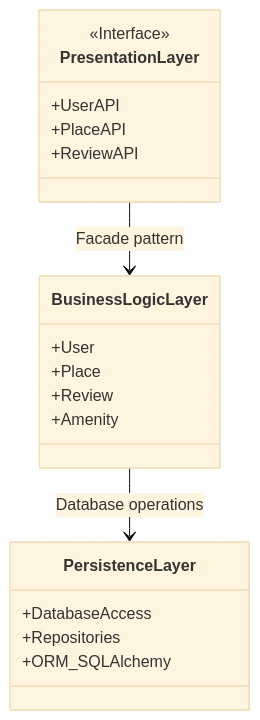
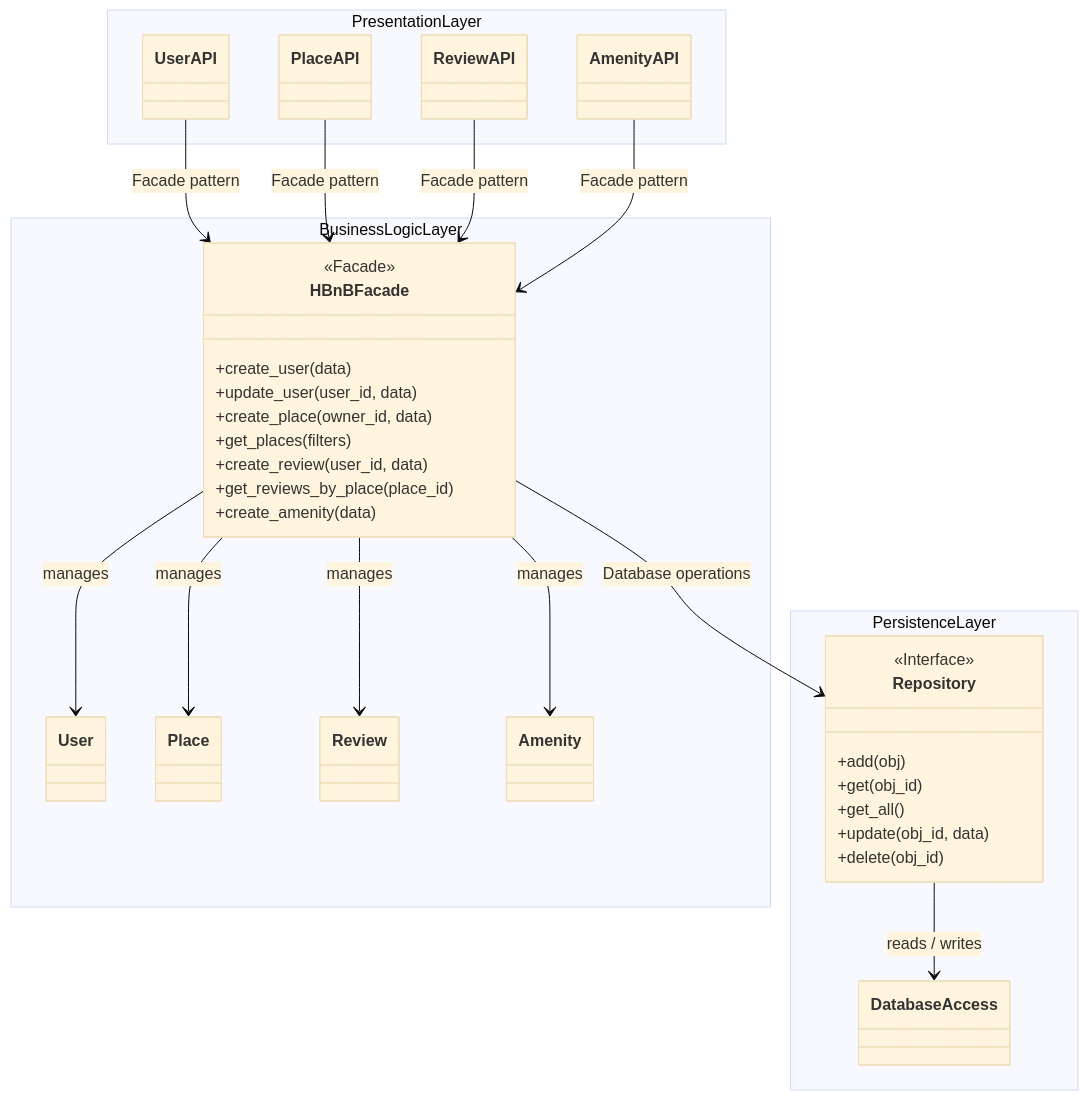
One commit to quliyevadinara/holbertonschool-hbnb changed the first of 6 diagrams in part1/diagrams.md. Above: the diagram before and after it, drawn with Mermaid (base theme). The commit also changed other lines of this file and 1 other file, not shown here.

Commit message:
Complete part1 technical documentation with UML diagrams

````diff
--- a/part1/diagrams.md
+++ b/part1/diagrams.md
@@ -9,22 +9,53 @@
 ```mermaid
 classDiagram
-    class PresentationLayer {
-        <<Interface>>
-        +UserAPI
-        +PlaceAPI
-        +ReviewAPI
+    direction TB
+
+    namespace PresentationLayer {
+        class UserAPI
+        class PlaceAPI
+        class ReviewAPI
+        class AmenityAPI
     }
-    class BusinessLogicLayer {
-        +User
-        +Place
-        +Review
-        +Amenity
+
+    namespace BusinessLogicLayer {
+        class HBnBFacade {
+            <<Facade>>
+            +create_user(data)
+            +update_user(user_id, data)
+            +create_place(owner_id, data)
+            +get_places(filters)
+            +create_review(user_id, data)
+            +get_reviews_by_place(place_id)
+            +create_amenity(data)
+        }
+        class User
+        class Place
+        class Review
+        class Amenity
     }
-    class PersistenceLayer {
-        +DatabaseAccess
-        +Repositories
-        +ORM_SQLAlchemy
+
+    namespace PersistenceLayer {
+        class Repository {
+            <<Interface>>
+            +add(obj)
+            +get(obj_id)
+            +get_all()
+            +update(obj_id, data)
+            +delete(obj_id)
+        }
+        class DatabaseAccess
     }
-    PresentationLayer --> BusinessLogicLayer : Facade pattern
-    BusinessLogicLayer --> PersistenceLayer : Database operations
+
+    UserAPI --> HBnBFacade : Facade pattern
+    PlaceAPI --> HBnBFacade : Facade pattern
+    ReviewAPI --> HBnBFacade : Facade pattern
+    AmenityAPI --> HBnBFacade : Facade pattern
+
+    HBnBFacade --> User : manages
+    HBnBFacade --> Place : manages
+    HBnBFacade --> Review : manages
+    HBnBFacade --> Amenity : manages
+
+    HBnBFacade --> Repository : Database operations
+    Repository --> DatabaseAccess : reads / writes
 ```
````
